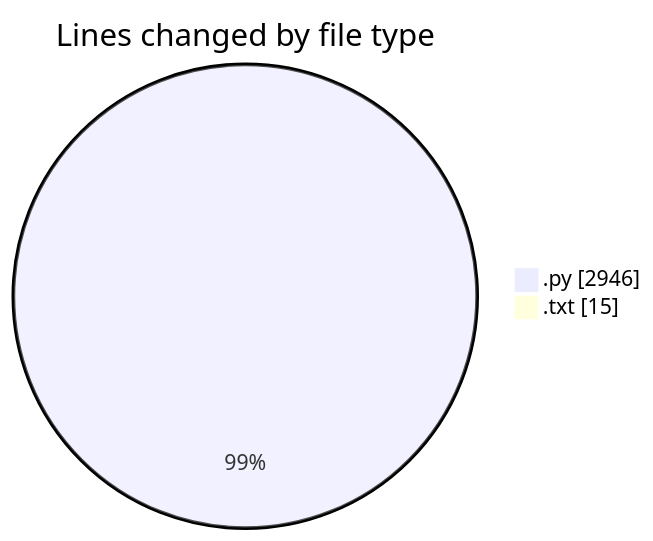
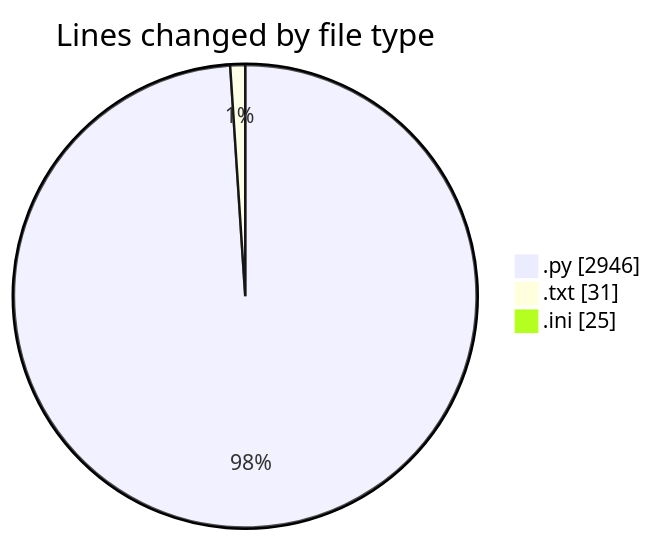
One commit to FelipKnott/code-tracking changed the first of 2 diagrams in 2025-07-02/cursor/README.md. Above: the diagram before and after it, drawn with Mermaid. The commit also changed other lines of this file and 1 other file, not shown here.

````diff
--- a/2025-07-02/cursor/README.md
+++ b/2025-07-02/cursor/README.md
@@ -38,6 +39,7 @@
 ```mermaid
 pie showData
 title Lines changed by file type
 ".py" : 2946
-".txt" : 15
+".txt" : 31
+".ini" : 25
 ```
````
